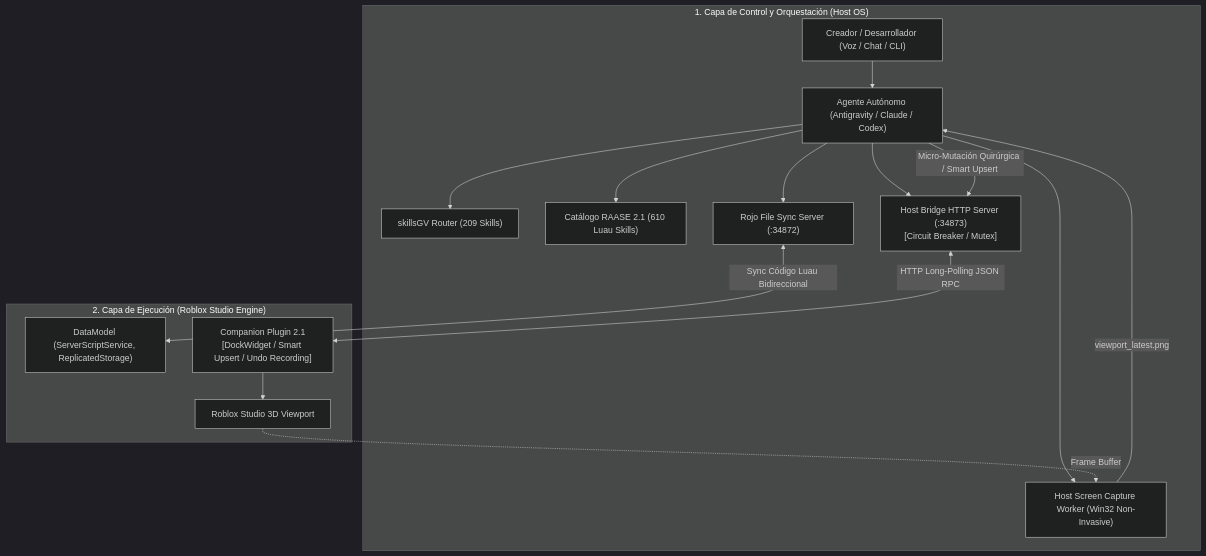
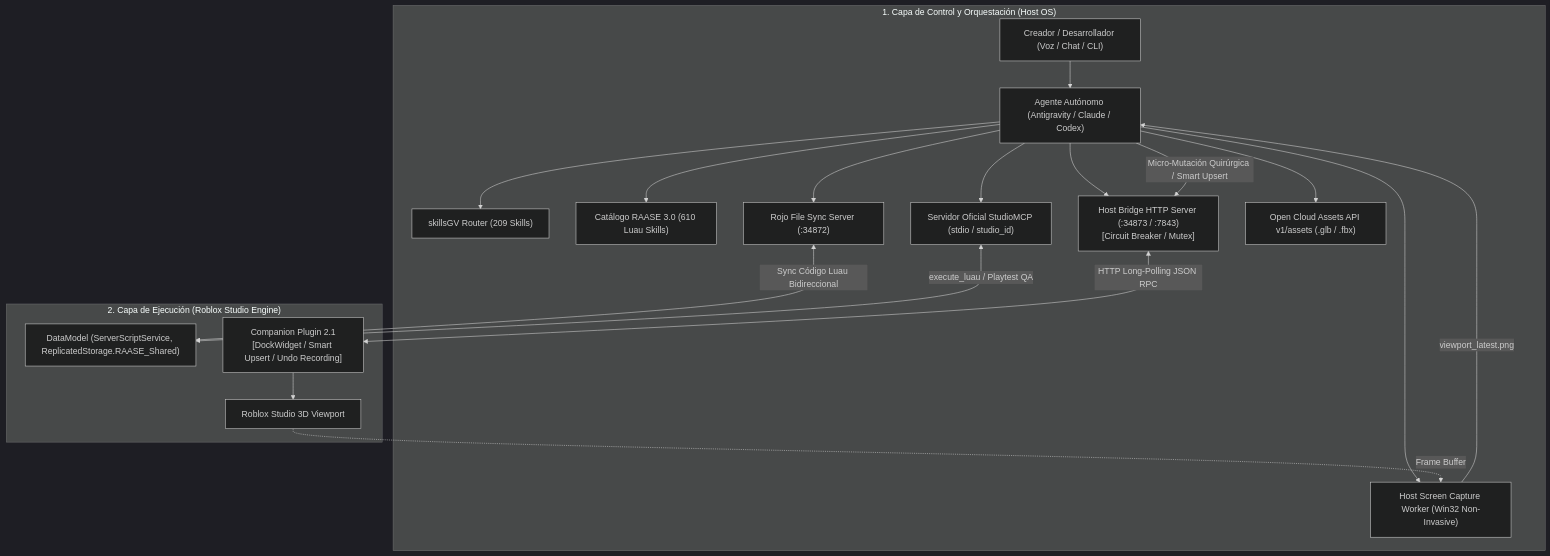
One commit to NenoEDX/robloxIA changed the diagram in README.md. Above: the diagram before and after it, drawn with Mermaid (dark theme). The commit also changed other lines of this file, not shown here.

Commit message:
docs(readme): document RAASE 3.0 master module signatures and Playtest QA protocol

````diff
--- a/README.md
+++ b/README.md
@@ -16,21 +16,24 @@
 ```mermaid
 flowchart TD
     subgraph HostPlane ["1. Capa de Control y Orquestación (Host OS)"]
         User["Creador / Desarrollador (Voz / Chat / CLI)"] --> Agent["Agente Autónomo (Antigravity / Claude / Codex)"]
         Agent --> Router["skillsGV Router (209 Skills)"]
-        Agent --> Catalog["Catálogo RAASE 2.1 (610 Luau Skills)"]
-        Agent --> Bridge["Host Bridge HTTP Server (:34873)\n[Circuit Breaker / Mutex]"]
+        Agent --> Catalog["Catálogo RAASE 3.0 (610 Luau Skills)"]
+        Agent --> StudioMCP["Servidor Oficial StudioMCP (stdio / studio_id)"]
+        Agent --> Bridge["Host Bridge HTTP Server (:34873 / :7843)\n[Circuit Breaker / Mutex]"]
         Agent --> Rojo["Rojo File Sync Server (:34872)"]
+        Agent --> OpenCloud["Open Cloud Assets API v1/assets (.glb / .fbx)"]
         Agent --> VisionWorker["Host Screen Capture Worker (Win32 Non-Invasive)"]
     end
 
     subgraph StudioPlane ["2. Capa de Ejecución (Roblox Studio Engine)"]
-        Rojo <-->|Sync Código Luau Bidireccional| DataModel["DataModel (ServerScriptService, ReplicatedStorage)"]
+        Rojo <-->|Sync Código Luau Bidireccional| DataModel["DataModel (ServerScriptService, ReplicatedStorage.RAASE_Shared)"]
+        StudioMCP <-->|execute_luau / Playtest QA| DataModel
         Bridge <-->|HTTP Long-Polling JSON RPC| CompanionPlugin["Companion Plugin 2.1\n[DockWidget / Smart Upsert / Undo Recording]"]
         CompanionPlugin --> Viewport["Roblox Studio 3D Viewport"]
         Viewport -.->|Frame Buffer| VisionWorker
     end
 
     VisionWorker -->|viewport_latest.png| Agent
     Agent -->|Micro-Mutación Quirúrgica / Smart Upsert| Bridge
 ```
````
